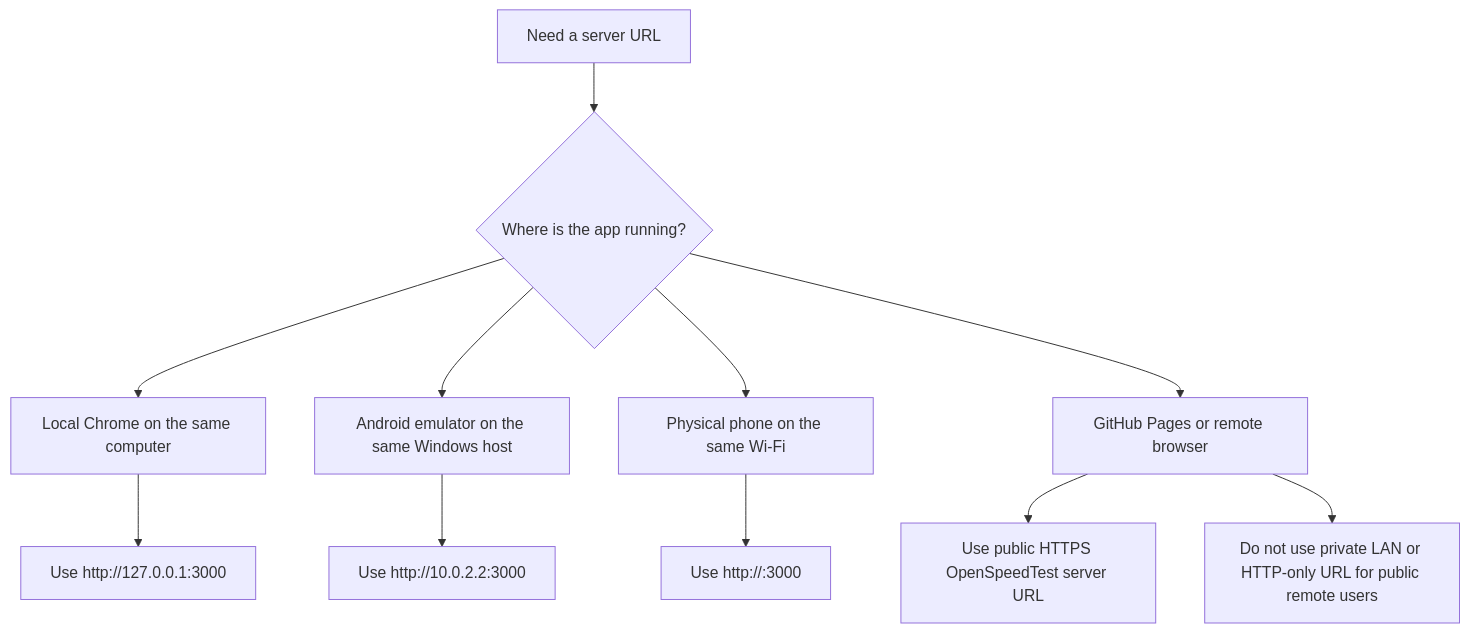
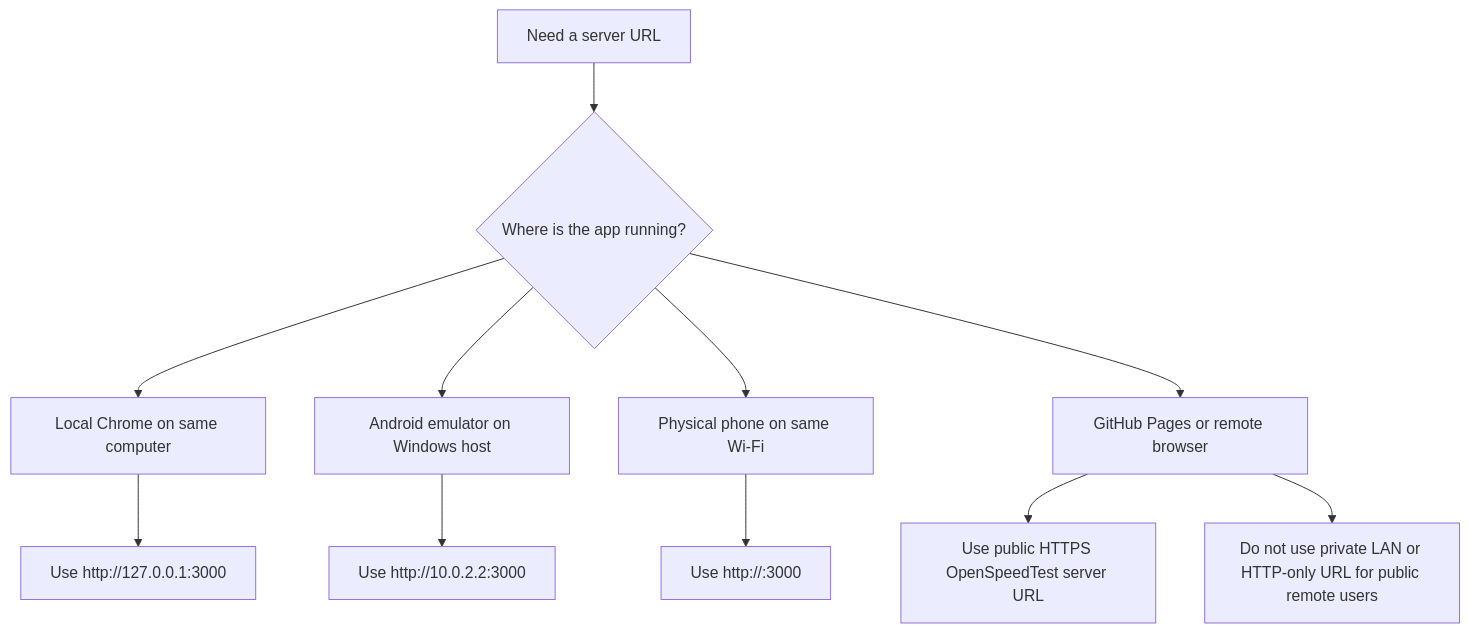
Before and after one commit to rgalor-ca/openspeedtest-ftap-poc: the sixth of 11 diagrams in docs/DOCUMENTATION.md, drawn with Mermaid. The commit also changed other lines of this file and 13 other files, not shown here.

````diff
--- a/docs/DOCUMENTATION.md
+++ b/docs/DOCUMENTATION.md
@@ -163,21 +215,21 @@
 ```mermaid
 flowchart TD
   Start["Need a server URL"]
   Env{"Where is the app running?"}
-  Local["Local Chrome on the same computer"]
-  Emulator["Android emulator on the same Windows host"]
-  Phone["Physical phone on the same Wi-Fi"]
+  Local["Local Chrome on same computer"]
+  Emulator["Android emulator on Windows host"]
+  Phone["Physical phone on same Wi-Fi"]
   Pages["GitHub Pages or remote browser"]
   LocalUrl["Use http://127.0.0.1:3000"]
   EmulatorUrl["Use http://10.0.2.2:3000"]
   PhoneUrl["Use http://<host-lan-ip>:3000"]
   PublicUrl["Use public HTTPS OpenSpeedTest server URL"]
   Bad["Do not use private LAN or HTTP-only URL for public remote users"]
 
   Start --> Env
   Env --> Local --> LocalUrl
   Env --> Emulator --> EmulatorUrl
   Env --> Phone --> PhoneUrl
   Env --> Pages --> PublicUrl
   Pages --> Bad
 ```
````
